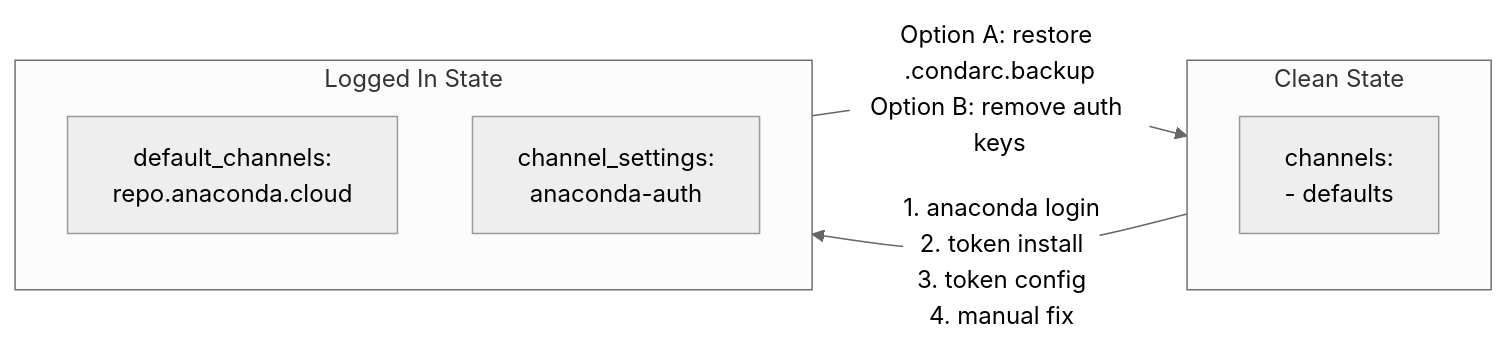
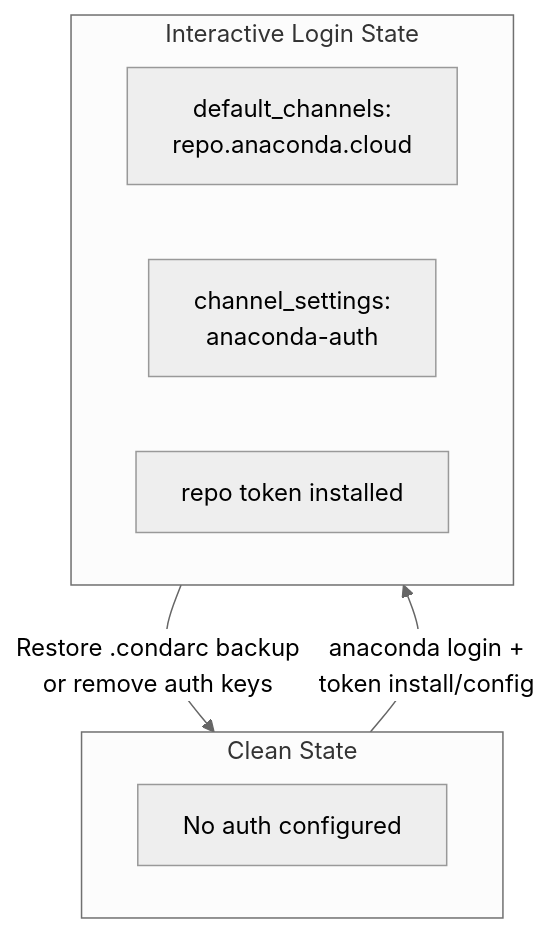
One commit to anaconda/anaconda-mcp changed the diagram in tests/qa/_ai_docs/tests/e2e/setup/AUTH_SETUP.md. Above: the diagram before and after it, drawn with Mermaid (neutral theme). The commit also changed other lines of this file and 11 other files, not shown here.

Commit message:
added knwon issue for auth via token

````diff
--- a/tests/qa/_ai_docs/tests/e2e/setup/AUTH_SETUP.md
+++ b/tests/qa/_ai_docs/tests/e2e/setup/AUTH_SETUP.md
@@ -36,14 +38,15 @@
 ```mermaid
-flowchart LR
+flowchart TB
     subgraph clean["Clean State"]
-        C1["channels:<br/>- defaults"]
+        C1["No auth configured"]
     end
 
-    subgraph logged["Logged In State"]
+    subgraph logged["Interactive Login State"]
         L1["default_channels:<br/>repo.anaconda.cloud"]
         L2["channel_settings:<br/>anaconda-auth"]
+        L3["repo token installed"]
     end
 
-    clean -->|"1. anaconda login<br/>2. token install<br/>3. token config<br/>4. manual fix"| logged
-    logged -->|"Option A: restore .condarc.backup<br/>Option B: remove auth keys"| clean
+    clean -->|"anaconda login +<br/>token install/config"| logged
+    logged -->|"Restore .condarc backup<br/>or remove auth keys"| clean
 ```
````
